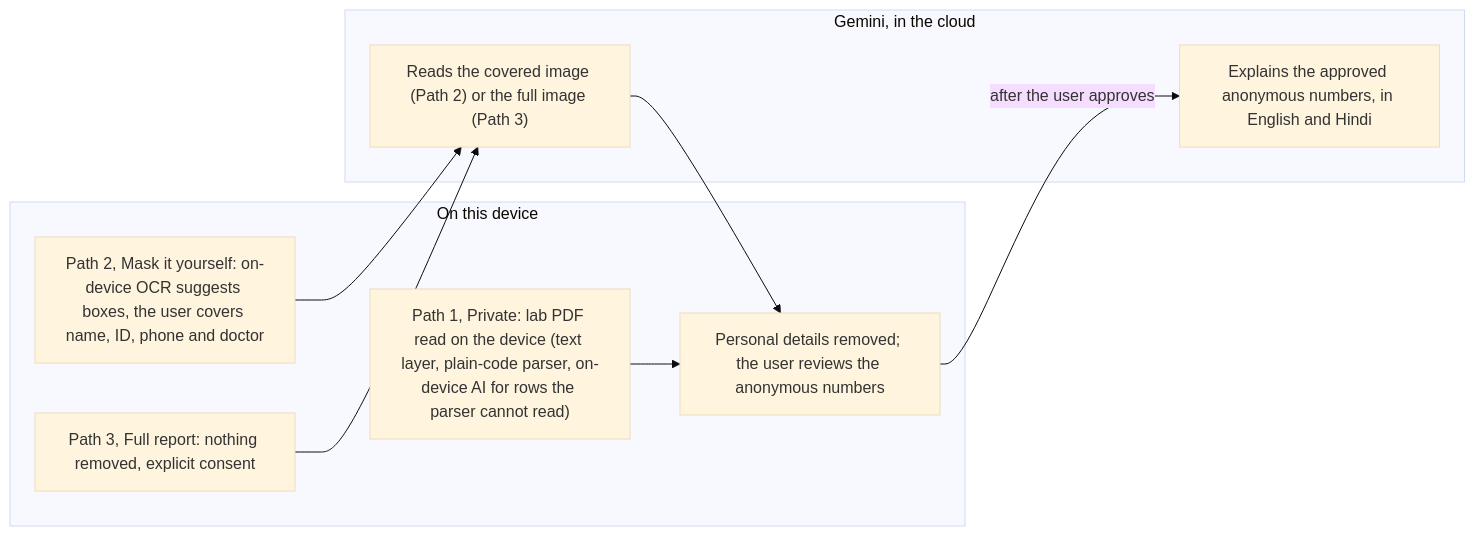
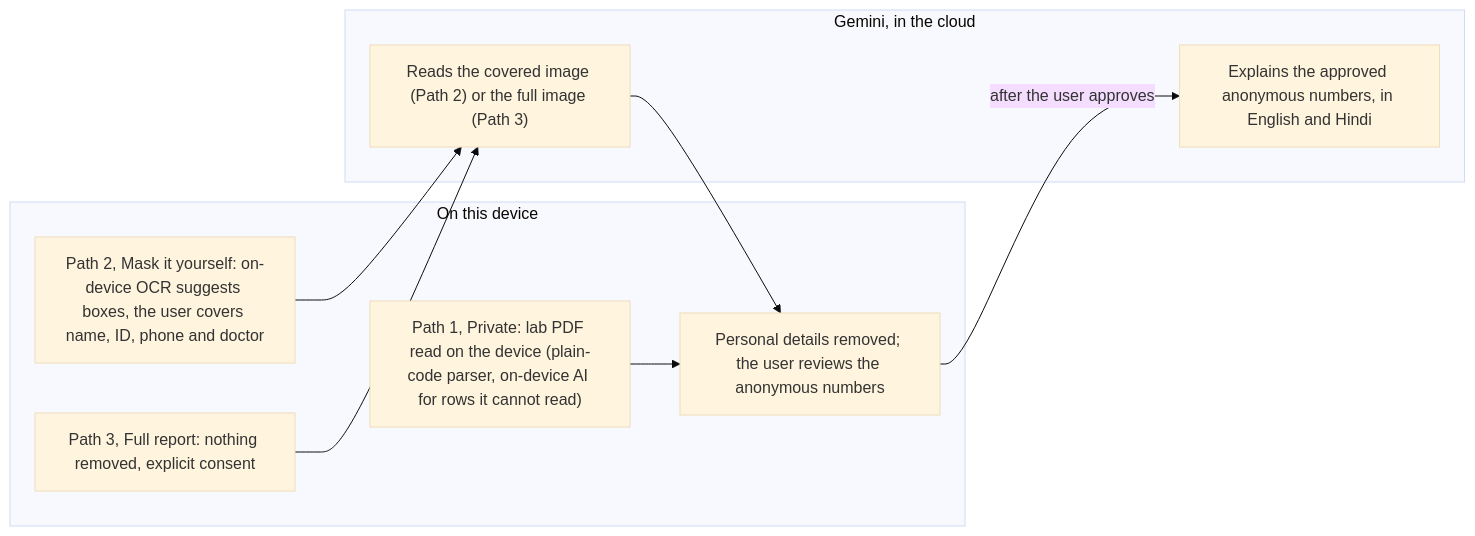
One commit to tusharshah21/ClearReport changed the diagram in README.md. Above: the diagram before and after it, drawn with Mermaid (base theme). The commit also changed other lines of this file and 1 other file, not shown here.

````diff
--- a/README.md
+++ b/README.md
@@ -32,18 +25,18 @@
 ```mermaid
 flowchart LR
   subgraph Device["On this device"]
-    P1["Path 1, Private: lab PDF read on the device (text layer, plain-code parser, on-device AI for rows the parser cannot read)"]
+    P1["Path 1, Private: lab PDF read on the device (plain-code parser, on-device AI for rows it cannot read)"]
     P2["Path 2, Mask it yourself: on-device OCR suggests boxes, the user covers name, ID, phone and doctor"]
     P3["Path 3, Full report: nothing removed, explicit consent"]
     R["Personal details removed; the user reviews the anonymous numbers"]
   end
   subgraph Cloud["Gemini, in the cloud"]
     X["Reads the covered image (Path 2) or the full image (Path 3)"]
     E["Explains the approved anonymous numbers, in English and Hindi"]
   end
   P1 --> R
   P2 --> X
   P3 --> X
   X --> R
   R -->|"after the user approves"| E
 ```
````
